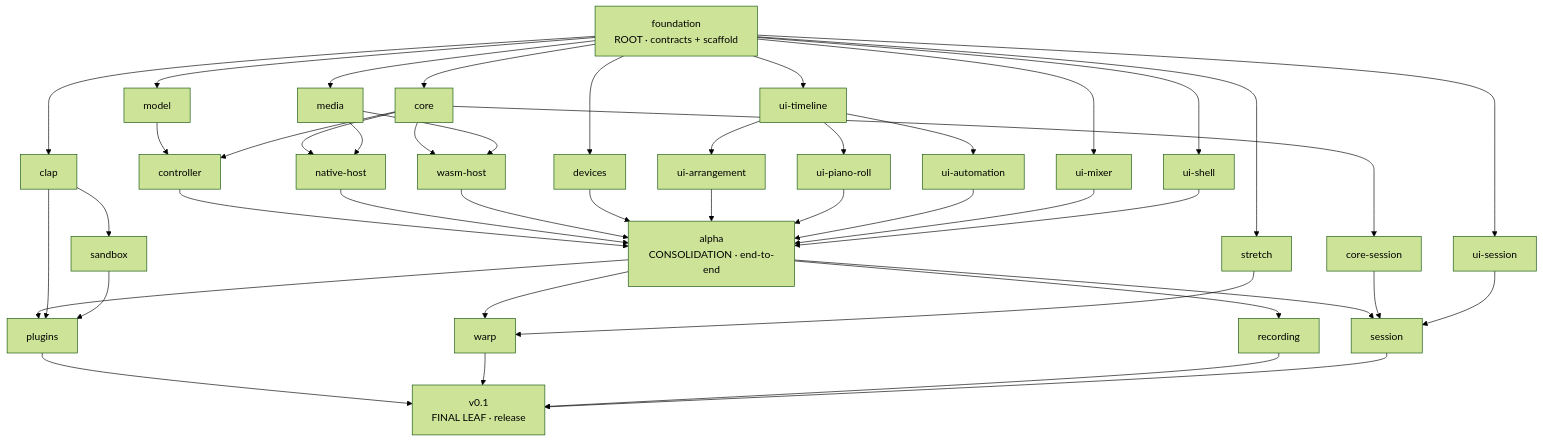
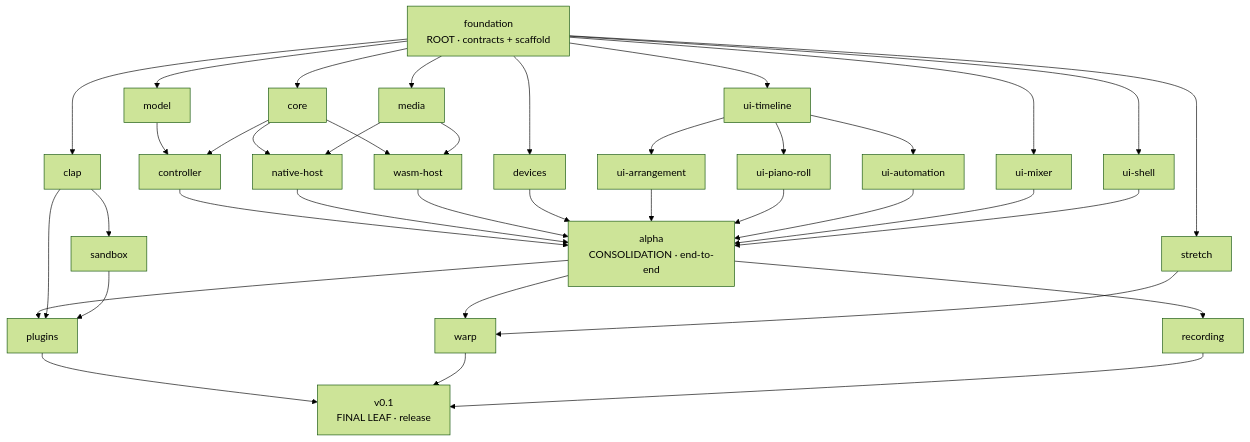
One commit to diegoimbert/ethereal changed the diagram in docs/ORCHESTRATION.md. Above: the diagram before and after it, drawn with Mermaid (forest theme). The commit also changed other lines of this file and 32 other files, not shown here.

````diff
--- a/docs/ORCHESTRATION.md
+++ b/docs/ORCHESTRATION.md
@@ -18,54 +18,48 @@
 ```mermaid
 graph TD
   foundation[foundation<br/>ROOT · contracts + scaffold]
 
   foundation --> model
   foundation --> core
   foundation --> devices
   foundation --> media
   foundation --> clap
   foundation --> stretch
   foundation --> ui-timeline
   foundation --> ui-mixer
   foundation --> ui-shell
-  foundation --> ui-session
 
   model --> controller
   core --> controller
   core --> native-host
   media --> native-host
   core --> wasm-host
   media --> wasm-host
-  core --> core-session
   clap --> sandbox
   ui-timeline --> ui-arrangement
   ui-timeline --> ui-piano-roll
   ui-timeline --> ui-automation
 
   controller --> alpha
   native-host --> alpha
   wasm-host --> alpha
   devices --> alpha
   ui-arrangement --> alpha
   ui-piano-roll --> alpha
   ui-automation --> alpha
   ui-mixer --> alpha
   ui-shell --> alpha
 
   alpha[alpha<br/>CONSOLIDATION · end-to-end]
   alpha --> plugins
   clap --> plugins
   sandbox --> plugins
   alpha --> warp
   stretch --> warp
   alpha --> recording
-  alpha --> session
-  core-session --> session
-  ui-session --> session
 
   plugins --> v0.1
   warp --> v0.1
   recording --> v0.1
-  session --> v0.1
   v0.1[v0.1<br/>FINAL LEAF · release]
 ```
````
